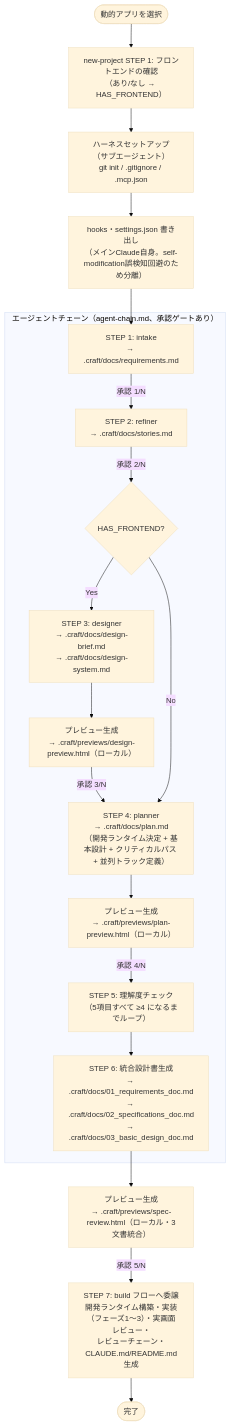
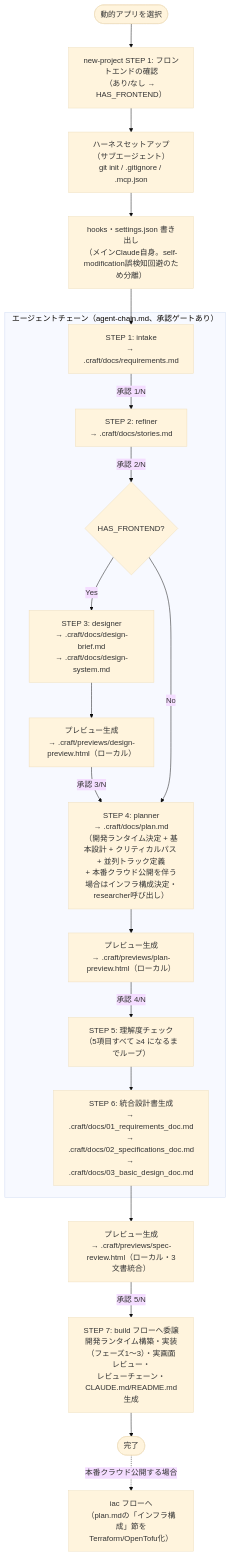
The diagram in claude/skills/craft/flows/new-project/README.md (agaemo/dotfiles), drawn with Mermaid (base theme) before and after one commit. The commit also changed other lines of this file and 11 other files, not shown here.

````diff
--- a/claude/skills/craft/flows/new-project/README.md
+++ b/claude/skills/craft/flows/new-project/README.md
@@ -6,37 +6,38 @@
 ```mermaid
 flowchart TD
     START([動的アプリを選択]) --> S0
 
     S0["new-project STEP 1: フロントエンドの確認\n（あり/なし → HAS_FRONTEND）"]
     S0 --> SETUP
 
     SETUP["ハーネスセットアップ\n（サブエージェント）\ngit init / .gitignore / .mcp.json"]
     SETUP --> SETUP2["hooks・settings.json 書き出し\n（メインClaude自身。self-modification誤検知回避のため分離）"]
     SETUP2 --> S1
 
     subgraph DESIGN["エージェントチェーン（agent-chain.md、承認ゲートあり）"]
         S1["STEP 1: intake\n→ .craft/docs/requirements.md"]
         S1 -->|承認 1/N| S2
         S2["STEP 2: refiner\n→ .craft/docs/stories.md"]
         S2 -->|承認 2/N| S3_CHECK
 
         S3_CHECK{HAS_FRONTEND?}
         S3_CHECK -->|Yes| S3["STEP 3: designer\n→ .craft/docs/design-brief.md\n→ .craft/docs/design-system.md"]
         S3 --> S3P["プレビュー生成\n→ .craft/previews/design-preview.html（ローカル）"]
         S3P -->|承認 3/N| S4
         S3_CHECK -->|No| S4
 
-        S4["STEP 4: planner\n→ .craft/docs/plan.md\n（開発ランタイム決定 + 基本設計 + クリティカルパス + 並列トラック定義）"]
+        S4["STEP 4: planner\n→ .craft/docs/plan.md\n（開発ランタイム決定 + 基本設計 + クリティカルパス + 並列トラック定義\n+ 本番クラウド公開を伴う場合はインフラ構成決定・researcher呼び出し）"]
         S4 --> S4P["プレビュー生成\n→ .craft/previews/plan-preview.html（ローカル）"]
         S4P -->|承認 4/N| S45
         S45["STEP 5: 理解度チェック\n（5項目すべて ≥4 になるまでループ）"]
         S45 --> S5
     end
 
     S5["STEP 6: 統合設計書生成\n→ .craft/docs/01_requirements_doc.md\n→ .craft/docs/02_specifications_doc.md\n→ .craft/docs/03_basic_design_doc.md"]
     S5 --> S5P["プレビュー生成\n→ .craft/previews/spec-review.html（ローカル・3文書統合）"]
     S5P -->|承認 5/N| S6
 
     S6["STEP 7: build フローへ委譲\n開発ランタイム構築・実装（フェーズ1〜3）・実画面レビュー・\nレビューチェーン・CLAUDE.md/README.md生成"]
     S6 --> END([完了])
+    END -.->|本番クラウド公開する場合| IAC["iac フローへ\n（plan.mdの「インフラ構成」節をTerraform/OpenTofu化）"]
 ```
````
